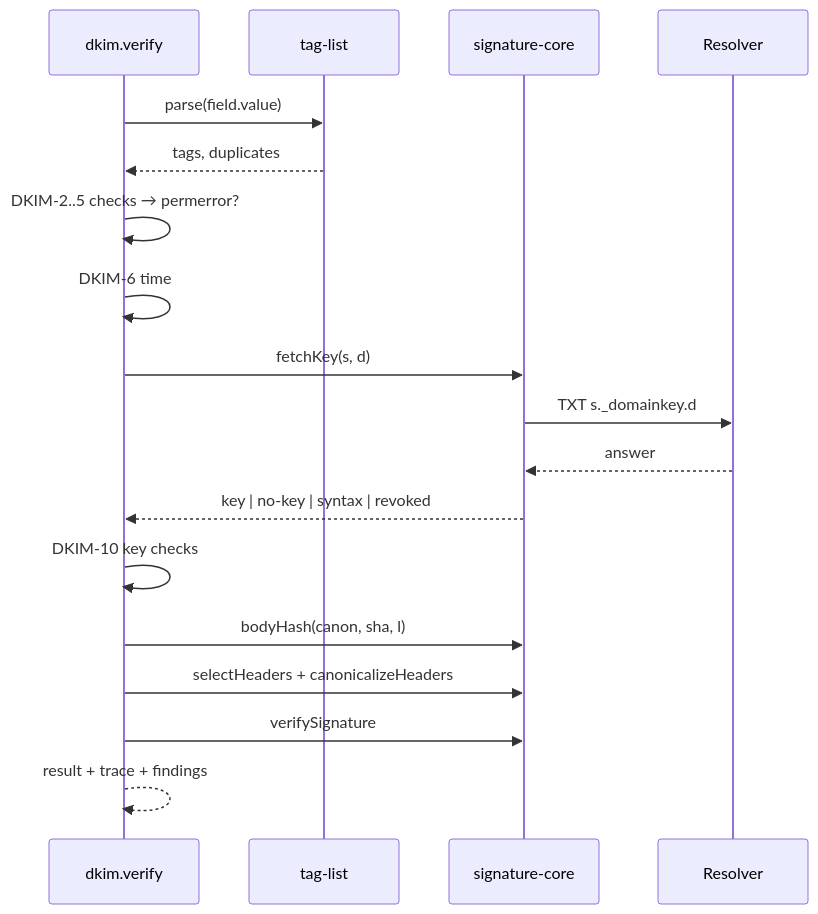
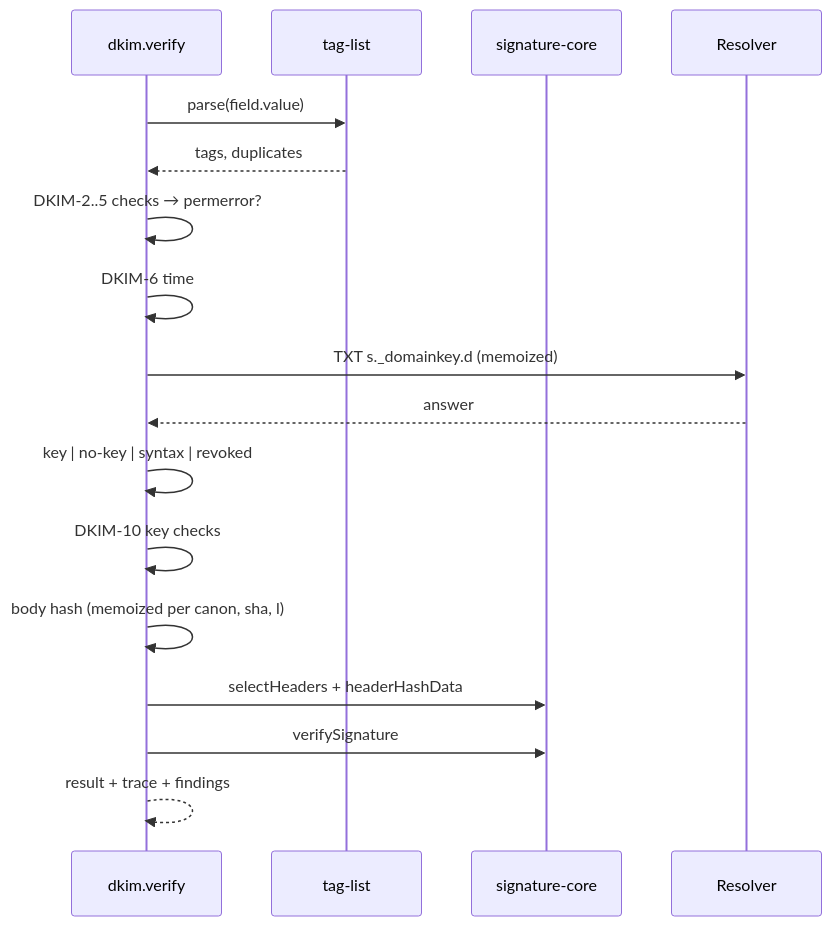
One commit to photom/benchside changed the fourth of 4 diagrams in docs/explanation/mail-design/dkim.md. Above: the diagram before and after it, drawn with Mermaid. The commit also changed other lines of this file and 10 other files, not shown here.

````diff
--- a/docs/explanation/mail-design/dkim.md
+++ b/docs/explanation/mail-design/dkim.md
@@ -86,21 +107,20 @@
 ```mermaid
 sequenceDiagram
   participant V as dkim.verify
   participant T as tag-list
   participant C as signature-core
   participant R as Resolver
 
   V->>T: parse(field.value)
   T-->>V: tags, duplicates
   V->>V: DKIM-2..5 checks → permerror?
   V->>V: DKIM-6 time
-  V->>C: fetchKey(s, d)
-  C->>R: TXT s._domainkey.d
-  R-->>C: answer
-  C-->>V: key | no-key | syntax | revoked
+  V->>R: TXT s._domainkey.d (memoized)
+  R-->>V: answer
+  V->>V: key | no-key | syntax | revoked
   V->>V: DKIM-10 key checks
-  V->>C: bodyHash(canon, sha, l)
-  V->>C: selectHeaders + canonicalizeHeaders
+  V->>V: body hash (memoized per canon, sha, l)
+  V->>C: selectHeaders + headerHashData
   V->>C: verifySignature
   V-->>V: result + trace + findings
 ```
````
